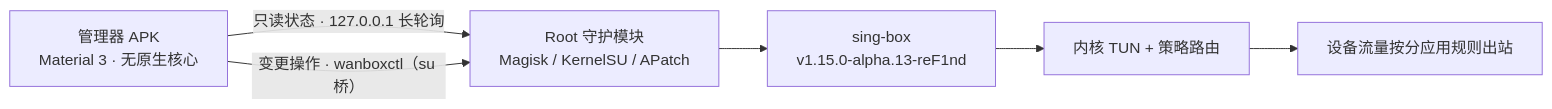
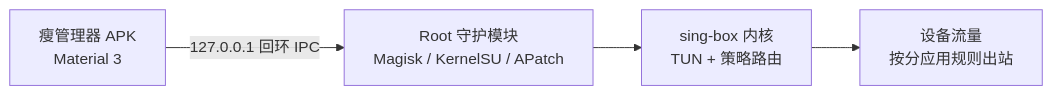
Before and after one commit to Wuwan94/wanBoxForAndroid: the diagram in README.md, drawn with Mermaid.

Commit message:
docs: 精简架构速览图为三节点链路，消除边标签挤压

````diff
--- a/README.md
+++ b/README.md
@@ -81,8 +81,6 @@
 ```mermaid
 flowchart LR
-    M["管理器 APK<br/>Material 3 · 无原生核心"] -->|"只读状态 · 127.0.0.1 长轮询"| G
-    M -->|"变更操作 · wanboxctl（su 桥）"| G
-    G["Root 守护模块<br/>Magisk / KernelSU / APatch"] --> K["sing-box<br/>v1.15.0-alpha.13-reF1nd"]
-    K --> R["内核 TUN + 策略路由"]
-    R --> N["设备流量按分应用规则出站"]
+    M["瘦管理器 APK<br/>Material 3"] -->|"127.0.0.1 回环 IPC"| G["Root 守护模块<br/>Magisk / KernelSU / APatch"]
+    G --> K["sing-box 内核<br/>TUN + 策略路由"]
+    K --> N["设备流量<br/>按分应用规则出站"]
 ```
````
